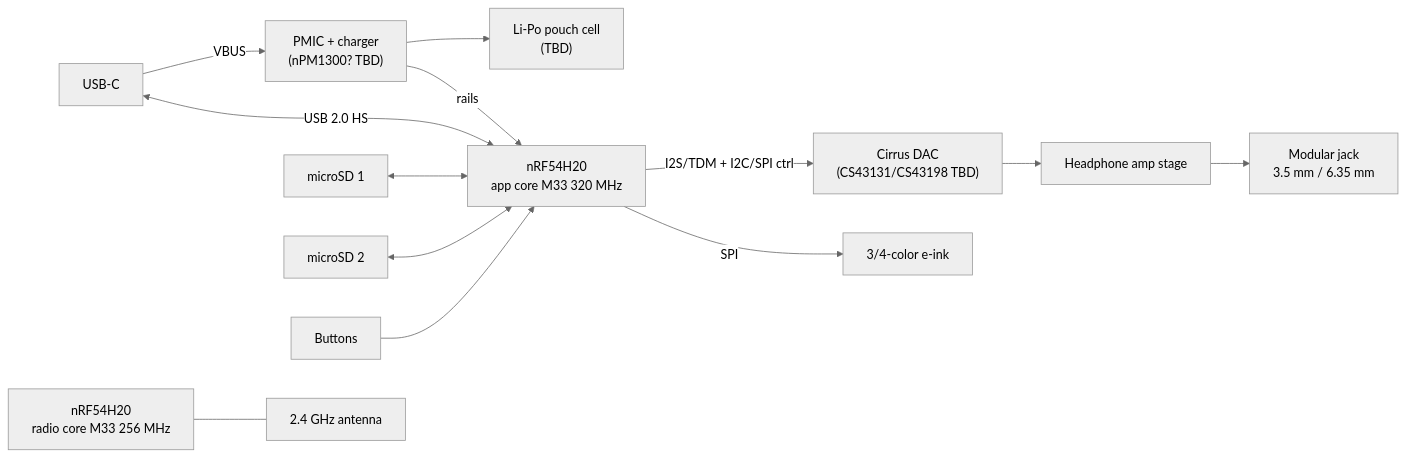
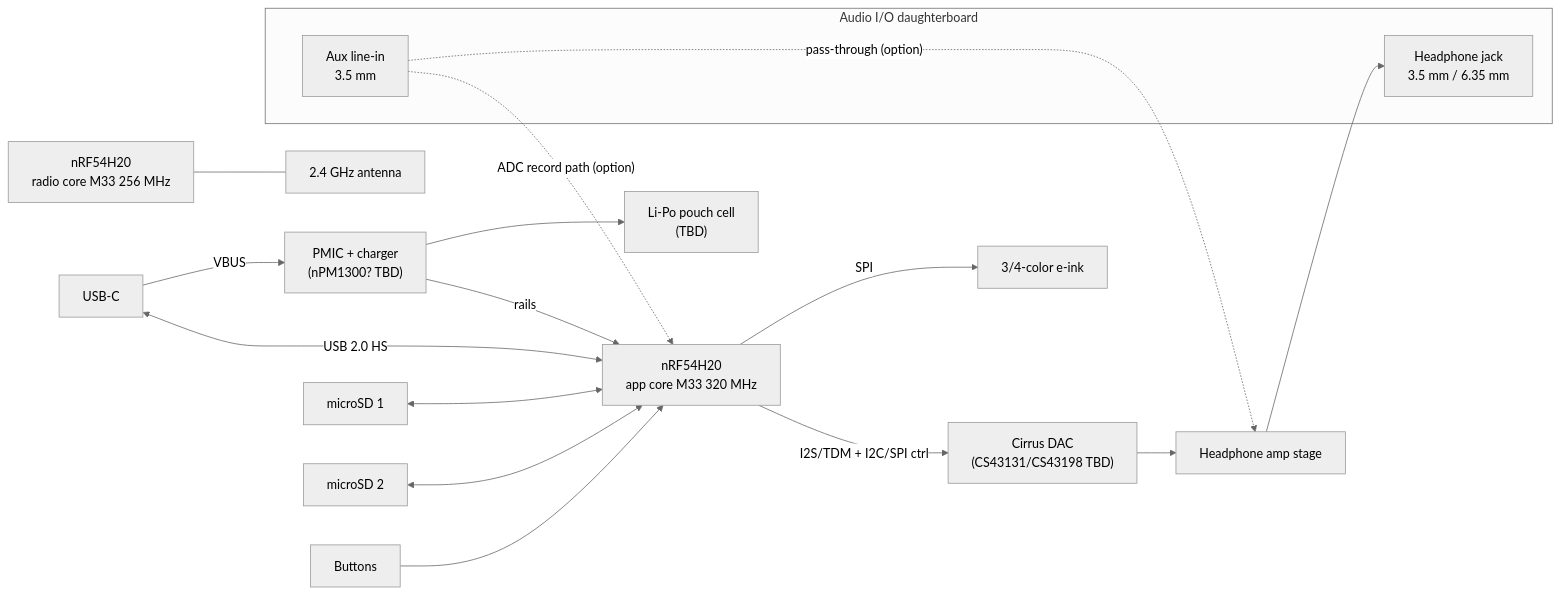
One commit to hoover55/osap changed the diagram in DESIGN.md. Above: the diagram before and after it, drawn with Mermaid (neutral theme). The commit also changed other lines of this file, not shown here.

First line of the commit message:
Add aux line-in requirement and audio I/O daughterboard

````diff
--- a/DESIGN.md
+++ b/DESIGN.md
@@ -62,26 +64,32 @@
 ```mermaid
 flowchart LR
     USBC["USB-C"]
     PMIC["PMIC + charger<br/>(nPM1300? TBD)"]
     BATT["Li-Po pouch cell<br/>(TBD)"]
     APP["nRF54H20<br/>app core M33 320 MHz"]
     RAD["nRF54H20<br/>radio core M33 256 MHz"]
     ANT["2.4 GHz antenna"]
     DAC["Cirrus DAC<br/>(CS43131/CS43198 TBD)"]
     AMP["Headphone amp stage"]
-    JACK["Modular jack<br/>3.5 mm / 6.35 mm"]
+
+    subgraph DB["Audio I/O daughterboard"]
+        JACK["Headphone jack<br/>3.5 mm / 6.35 mm"]
+        AUX["Aux line-in<br/>3.5 mm"]
+    end
     SD1["microSD 1"]
     SD2["microSD 2"]
     EINK["3/4-color e-ink"]
     BTNS["Buttons"]
 
     USBC -- "VBUS" --> PMIC --> BATT
     PMIC -- "rails" --> APP
     USBC <-- "USB 2.0 HS" --> APP
     APP -- "I2S/TDM + I2C/SPI ctrl" --> DAC --> AMP --> JACK
+    AUX -. "pass-through (option)" .-> AMP
+    AUX -. "ADC record path (option)" .-> APP
     SD1 <--> APP
     SD2 <--> APP
     APP -- "SPI" --> EINK
     BTNS --> APP
     RAD --- ANT
 ```
````
